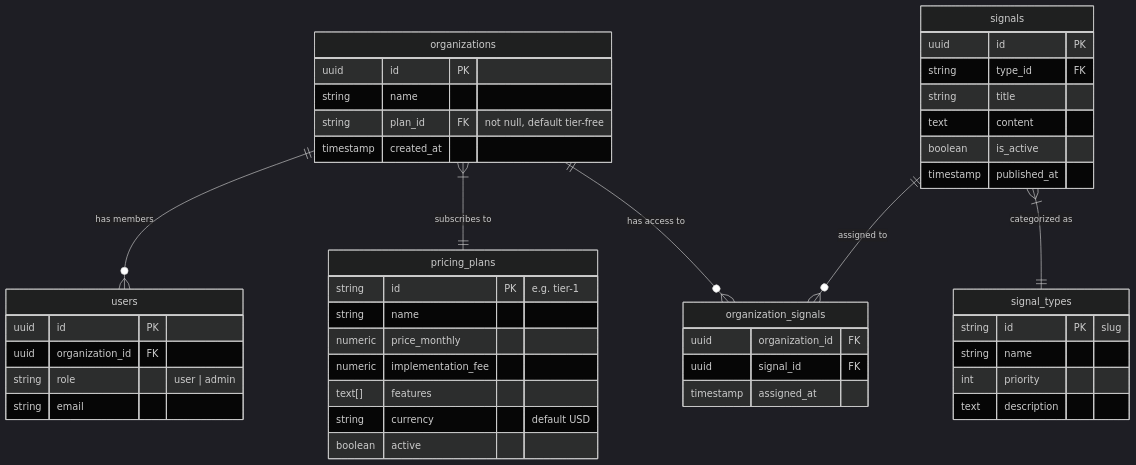
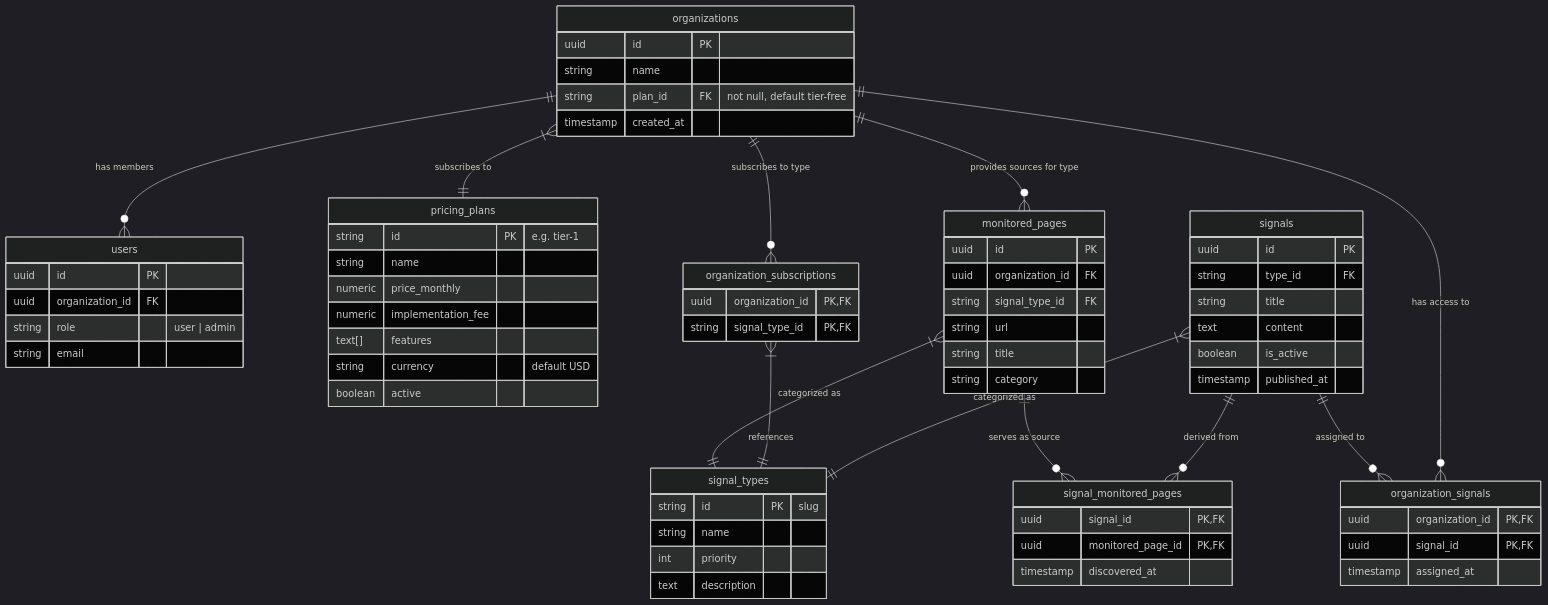
One commit to nebula-repos/sota-plataform changed the diagram in docs/database_schema.md. Above: the diagram before and after it, drawn with Mermaid (dark theme). The commit also changed other lines of this file and 1 other file, not shown here.

Commit message:
feat: implement a simplified signal monitoring system with new tables

````diff
--- a/docs/database_schema.md
+++ b/docs/database_schema.md
@@ -11,6 +11,14 @@
     %% Signal Entities
     signals }|--|| signal_types : "categorized as"
     
+    %% Monitoring Entities
+    organizations ||--o{ organization_subscriptions : "subscribes to type"
+    organization_subscriptions }|--|| signal_types : "references"
+    organizations ||--o{ monitored_pages : "provides sources for type"
+    monitored_pages }|--|| signal_types : "categorized as"
+    signals ||--o{ signal_monitored_pages : "derived from"
+    monitored_pages ||--o{ signal_monitored_pages : "serves as source"
+
     %% Relationships logic
     organizations ||--o{ organization_signals : "has access to"
     signals ||--o{ organization_signals : "assigned to"
@@ -28,6 +36,26 @@
         uuid organization_id FK
         string role "user | admin"
         string email
+    }
+
+    monitored_pages {
+        uuid id PK
+        uuid organization_id FK
+        string signal_type_id FK
+        string url
+        string title
+        string category
+    }
+
+    organization_subscriptions {
+        uuid organization_id PK, FK
+        string signal_type_id PK, FK
+    }
+
+    signal_monitored_pages {
+        uuid signal_id PK, FK
+        uuid monitored_page_id PK, FK
+        timestamp discovered_at
     }
 
     pricing_plans {
@@ -57,8 +85,8 @@
     }
 
     organization_signals {
-        uuid organization_id FK
-        uuid signal_id FK
+        uuid organization_id PK, FK
+        uuid signal_id PK, FK
         timestamp assigned_at
     }
 ```
````
